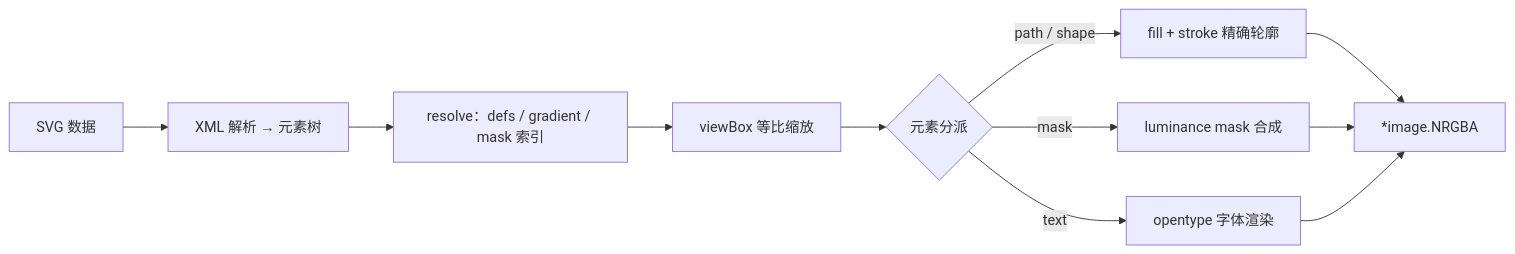
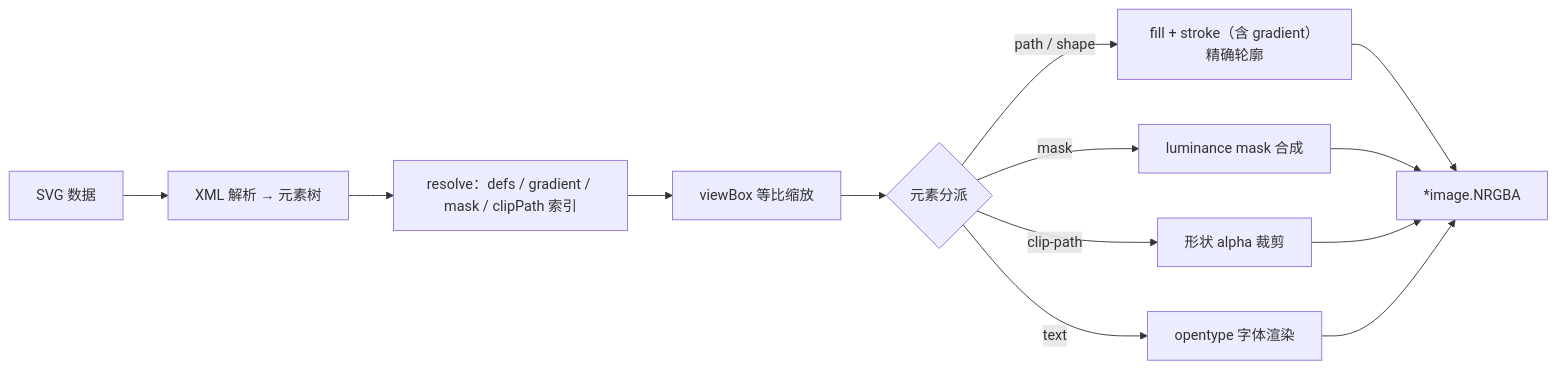
The diagram in README.md (Blue-Mink/gosvg), drawn with Mermaid before and after one commit. The commit also changed other lines of this file and 2 other files, not shown here.

Commit message:
chore: 仓库卫生 + Gitea CI 门禁 + README 结构补齐
- 新增 .gitea/workflows/ci.yml（与 GitHub 侧对称：gofmt/vet/test 门禁）
- debug_test.go → core_test.go（去除误导性文件名，内容为正经回归测试）
- README 仓库结构补 gradient.go / clip.go，mermaid 补 clipPath 分派

````diff
--- a/README.md
+++ b/README.md
@@ -61,13 +61,15 @@
 ```mermaid
 flowchart LR
   A["SVG 数据"] --> B["XML 解析 → 元素树"]
-  B --> C["resolve：defs / gradient / mask 索引"]
+  B --> C["resolve：defs / gradient / mask / clipPath 索引"]
   C --> D["viewBox 等比缩放"]
   D --> E{"元素分派"}
-  E -->|path / shape| F["fill + stroke 精确轮廓"]
+  E -->|path / shape| F["fill + stroke（含 gradient）精确轮廓"]
   E -->|mask| G["luminance mask 合成"]
+  E -->|clip-path| J["形状 alpha 裁剪"]
   E -->|text| H["opentype 字体渲染"]
   F --> I["*image.NRGBA"]
   G --> I
+  J --> I
   H --> I
 ```
````
